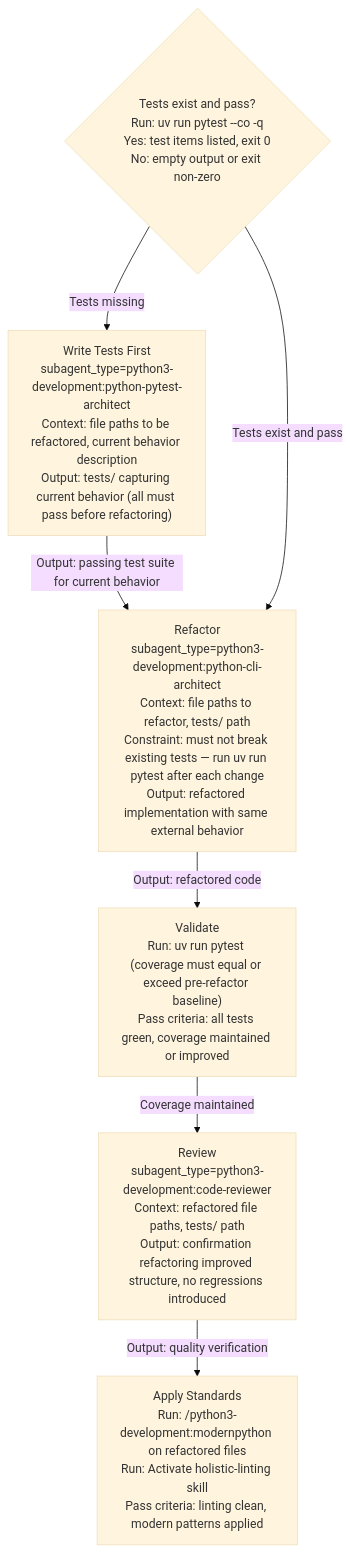
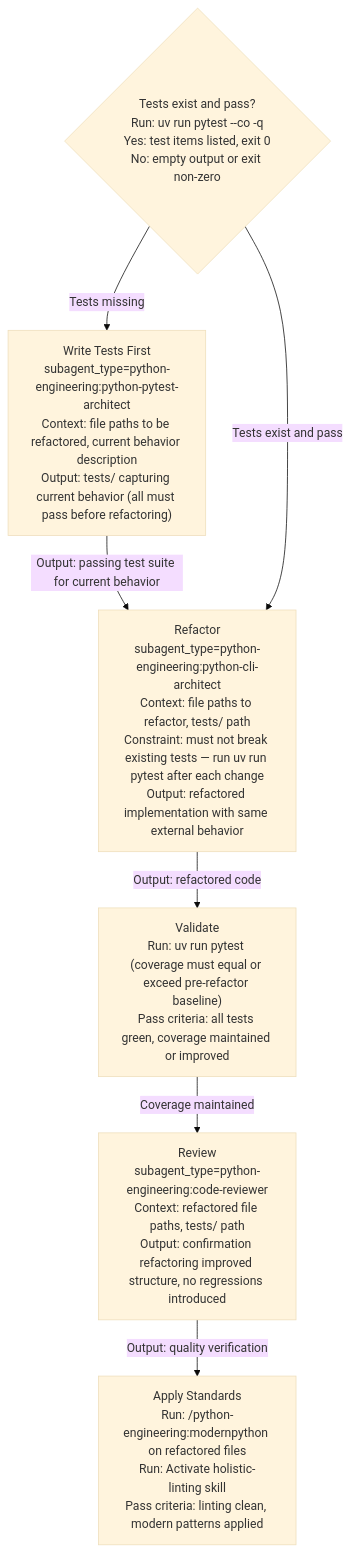
Before and after one commit to chgreer1070/claude_skills: the fourth of 6 diagrams in plugins/python-engineering/skills/orchestrating-python-development/SKILL.md, drawn with Mermaid (base theme). The commit also changed other lines of this file and 10 other files, not shown here.

First line of the commit message:
fix(python-engineering): replace all python3-development: skill refs with python-engineering:

````diff
--- a/plugins/python-engineering/skills/orchestrating-python-development/SKILL.md
+++ b/plugins/python-engineering/skills/orchestrating-python-development/SKILL.md
@@ -139,15 +139,15 @@
 ```mermaid
 flowchart TD
     S1{"Tests exist and pass?<br>Run: uv run pytest --co -q<br>Yes: test items listed, exit 0<br>No: empty output or exit non-zero"}
-    S1a["Write Tests First<br>subagent_type=python3-development:python-pytest-architect<br>Context: file paths to be refactored, current behavior description<br>Output: tests/ capturing current behavior (all must pass before refactoring)"]
-    S2["Refactor<br>subagent_type=python3-development:python-cli-architect<br>Context: file paths to refactor, tests/ path<br>Constraint: must not break existing tests — run uv run pytest after each change<br>Output: refactored implementation with same external behavior"]
+    S1a["Write Tests First<br>subagent_type=python-engineering:python-pytest-architect<br>Context: file paths to be refactored, current behavior description<br>Output: tests/ capturing current behavior (all must pass before refactoring)"]
+    S2["Refactor<br>subagent_type=python-engineering:python-cli-architect<br>Context: file paths to refactor, tests/ path<br>Constraint: must not break existing tests — run uv run pytest after each change<br>Output: refactored implementation with same external behavior"]
     S3["Validate<br>Run: uv run pytest (coverage must equal or exceed pre-refactor baseline)<br>Pass criteria: all tests green, coverage maintained or improved"]
-    S4["Review<br>subagent_type=python3-development:code-reviewer<br>Context: refactored file paths, tests/ path<br>Output: confirmation refactoring improved structure, no regressions introduced"]
-    S5["Apply Standards<br>Run: /python3-development:modernpython on refactored files<br>Run: Activate holistic-linting skill<br>Pass criteria: linting clean, modern patterns applied"]
+    S4["Review<br>subagent_type=python-engineering:code-reviewer<br>Context: refactored file paths, tests/ path<br>Output: confirmation refactoring improved structure, no regressions introduced"]
+    S5["Apply Standards<br>Run: /python-engineering:modernpython on refactored files<br>Run: Activate holistic-linting skill<br>Pass criteria: linting clean, modern patterns applied"]
     S1 -->|"Tests missing"| S1a
     S1a -->|"Output: passing test suite for current behavior"| S2
     S1 -->|"Tests exist and pass"| S2
     S2 -->|"Output: refactored code"| S3
     S3 -->|"Coverage maintained"| S4
     S4 -->|"Output: quality verification"| S5
 ```
````
